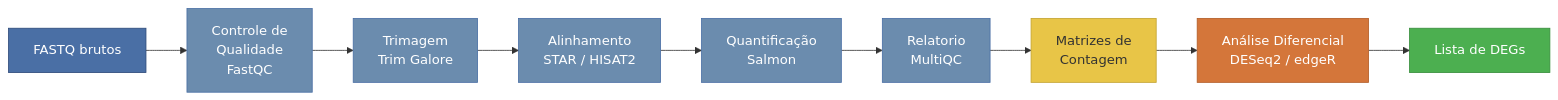
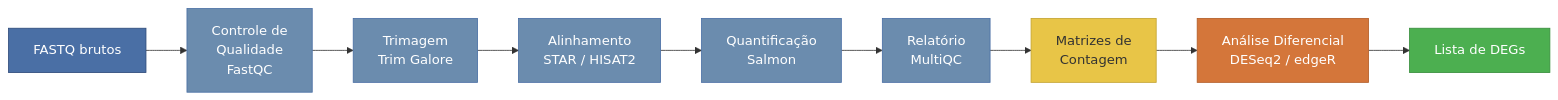
The diagram in README.md (madsondeluna/nfcore-rnaseq-docker), drawn with Mermaid before and after one commit. The commit also changed other lines of this file, not shown here.

````diff
--- a/README.md
+++ b/README.md
@@ -41,21 +201,21 @@
 ```mermaid
 flowchart LR
     A["FASTQ brutos"] --> B["Controle de<br>Qualidade<br>FastQC"]
     B --> C["Trimagem<br>Trim Galore"]
     C --> D["Alinhamento<br>STAR / HISAT2"]
     D --> E["Quantificação<br>Salmon"]
-    E --> F["Relatorio<br>MultiQC"]
+    E --> F["Relatório<br>MultiQC"]
     F --> G["Matrizes de<br>Contagem"]
     G --> H["Análise Diferencial<br>DESeq2 / edgeR"]
     H --> I["Lista de DEGs"]
 
     style A fill:#4a6fa5,stroke:#2d4a7a,color:#ffffff
     style B fill:#6b8cae,stroke:#4a6fa5,color:#ffffff
     style C fill:#6b8cae,stroke:#4a6fa5,color:#ffffff
     style D fill:#6b8cae,stroke:#4a6fa5,color:#ffffff
     style E fill:#6b8cae,stroke:#4a6fa5,color:#ffffff
     style F fill:#6b8cae,stroke:#4a6fa5,color:#ffffff
     style G fill:#e8c547,stroke:#c4a432,color:#333333
     style H fill:#d4763a,stroke:#b35e28,color:#ffffff
     style I fill:#4caf50,stroke:#388e3c,color:#ffffff
 ```
````
